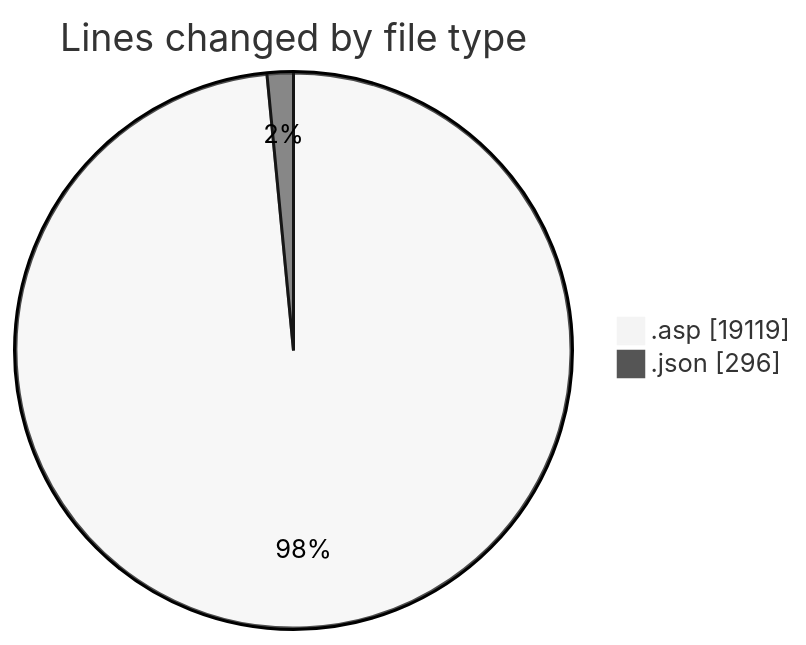
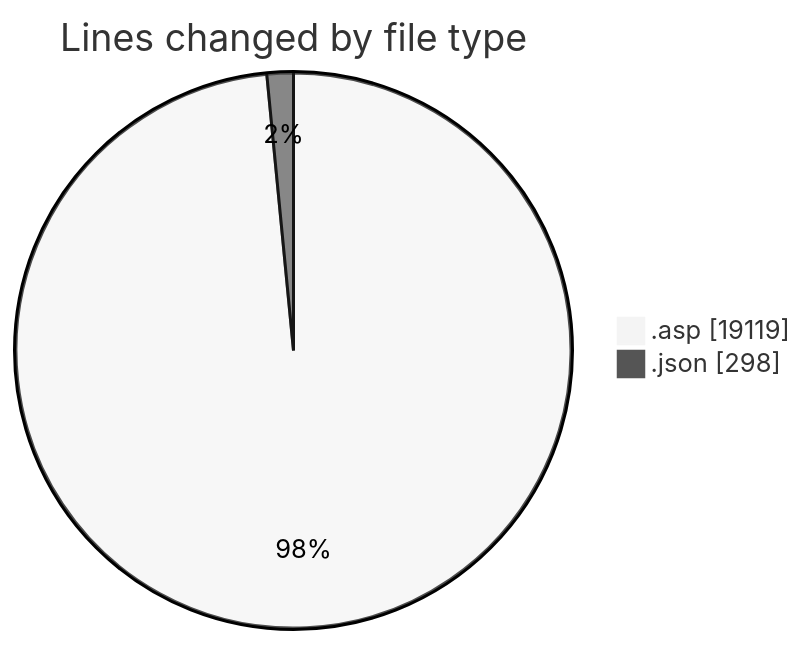
One commit to julien-gomy/code-tracking changed the first of 2 diagrams in 2025-11-01/cdp_aleoudev_fr__workspace_/README.md. Above: the diagram before and after it, drawn with Mermaid (neutral theme). The commit also changed other lines of this file and 1 other file, not shown here.

````diff
--- a/2025-11-01/cdp_aleoudev_fr__workspace_/README.md
+++ b/2025-11-01/cdp_aleoudev_fr__workspace_/README.md
@@ -27,6 +27,6 @@
 ```mermaid
 pie showData
 title Lines changed by file type
 ".asp" : 19119
-".json" : 296
+".json" : 298
 ```
````
